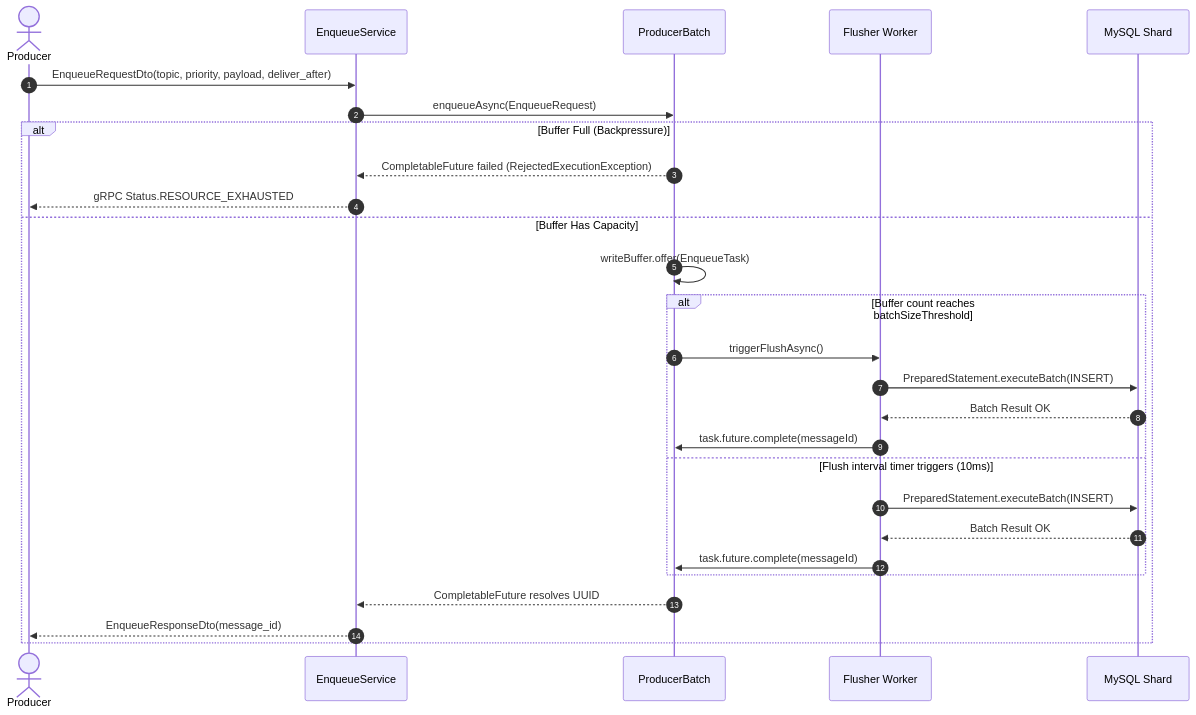
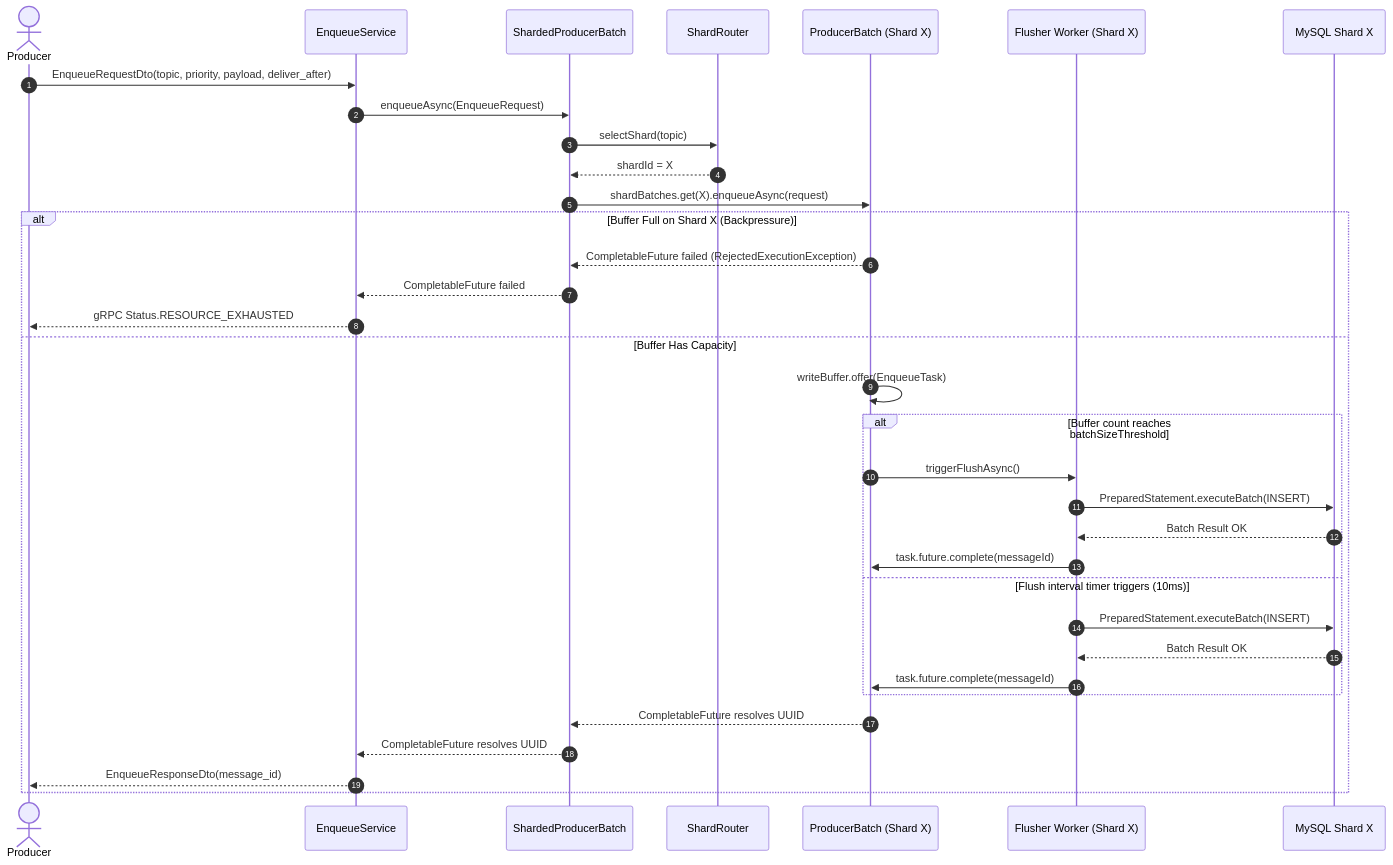
Before and after one commit to KhaiHust/FOQS: the fifth of 9 diagrams in DOCS.md, drawn with Mermaid. The commit also changed other lines of this file and 20 other files, not shown here.

Commit message:
feat(core): implement consistent hashing shard router and scatter-gather ACK/NACK

````diff
--- a/DOCS.md
+++ b/DOCS.md
@@ -339,33 +428,40 @@
 ```mermaid
 sequenceDiagram
     autonumber
     actor Producer
     participant ES as EnqueueService
-    participant PB as ProducerBatch
-    participant Flusher as Flusher Worker
-    participant DB as MySQL Shard
+    participant SPB as ShardedProducerBatch
+    participant SR as ShardRouter
+    participant PB as ProducerBatch (Shard X)
+    participant Flusher as Flusher Worker (Shard X)
+    participant DB as MySQL Shard X
 
     Producer->>ES: EnqueueRequestDto(topic, priority, payload, deliver_after)
-    ES->>PB: enqueueAsync(EnqueueRequest)
+    ES->>SPB: enqueueAsync(EnqueueRequest)
+    SPB->>SR: selectShard(topic)
+    SR-->>SPB: shardId = X
+    SPB->>PB: shardBatches.get(X).enqueueAsync(request)
     
-    alt Buffer Full (Backpressure)
-        PB-->>ES: CompletableFuture failed (RejectedExecutionException)
+    alt Buffer Full on Shard X (Backpressure)
+        PB-->>SPB: CompletableFuture failed (RejectedExecutionException)
+        SPB-->>ES: CompletableFuture failed
         ES-->>Producer: gRPC Status.RESOURCE_EXHAUSTED
     else Buffer Has Capacity
         PB->>PB: writeBuffer.offer(EnqueueTask)
         
         alt Buffer count reaches batchSizeThreshold
             PB->>Flusher: triggerFlushAsync()
             Flusher->>DB: PreparedStatement.executeBatch(INSERT)
             DB-->>Flusher: Batch Result OK
             Flusher->>PB: task.future.complete(messageId)
         else Flush interval timer triggers (10ms)
             Flusher->>DB: PreparedStatement.executeBatch(INSERT)
             DB-->>Flusher: Batch Result OK
             Flusher->>PB: task.future.complete(messageId)
         end
         
-        PB-->>ES: CompletableFuture resolves UUID
+        PB-->>SPB: CompletableFuture resolves UUID
+        SPB-->>ES: CompletableFuture resolves UUID
         ES-->>Producer: EnqueueResponseDto(message_id)
     end
 ```
````
